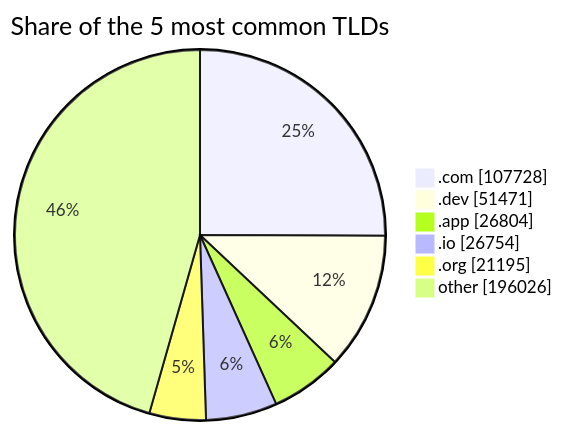
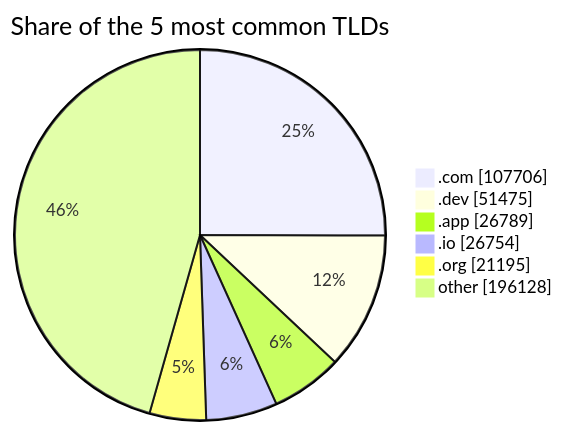
One commit to DNSBunker/CTI changed the third of 3 diagrams in README.md. Above: the diagram before and after it, drawn with Mermaid. The commit also changed other lines of this file and 3 other files, not shown here.

````diff
--- a/README.md
+++ b/README.md
@@ -81,9 +81,9 @@
 ```mermaid
 pie showData title Share of the 5 most common TLDs
-    ".com" : 107728
-    ".dev" : 51471
-    ".app" : 26804
+    ".com" : 107706
+    ".dev" : 51475
+    ".app" : 26789
     ".io" : 26754
     ".org" : 21195
-    "other" : 196026
+    "other" : 196128
 ```
````
